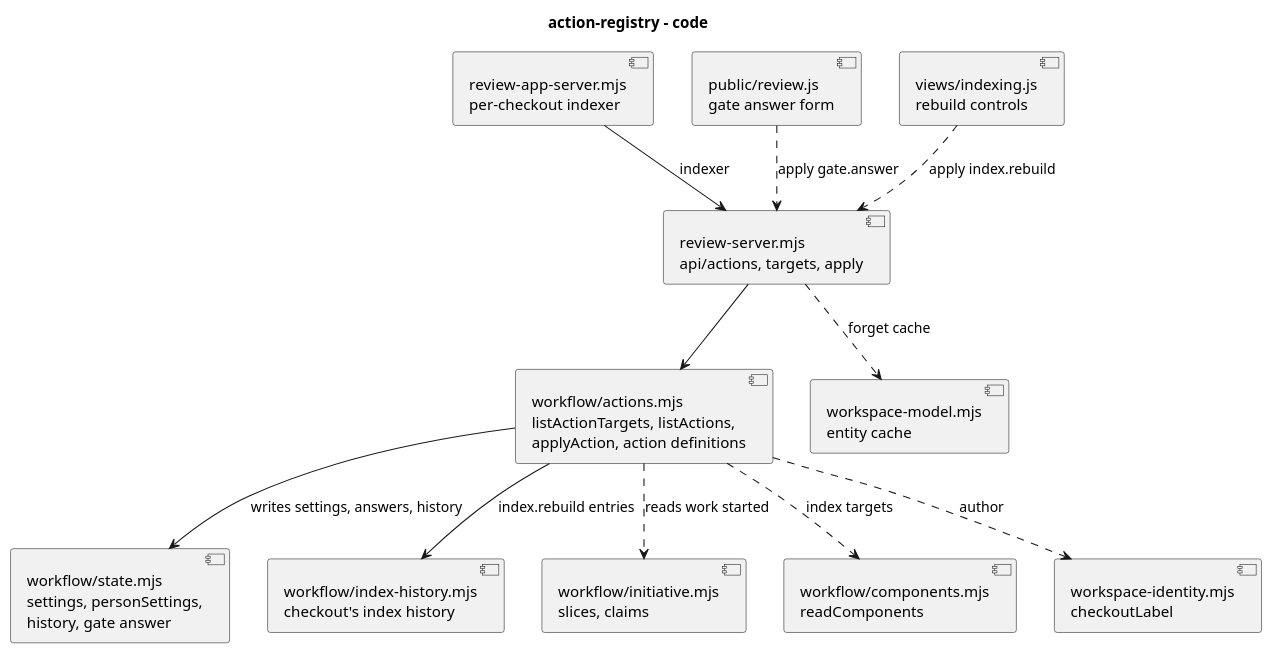
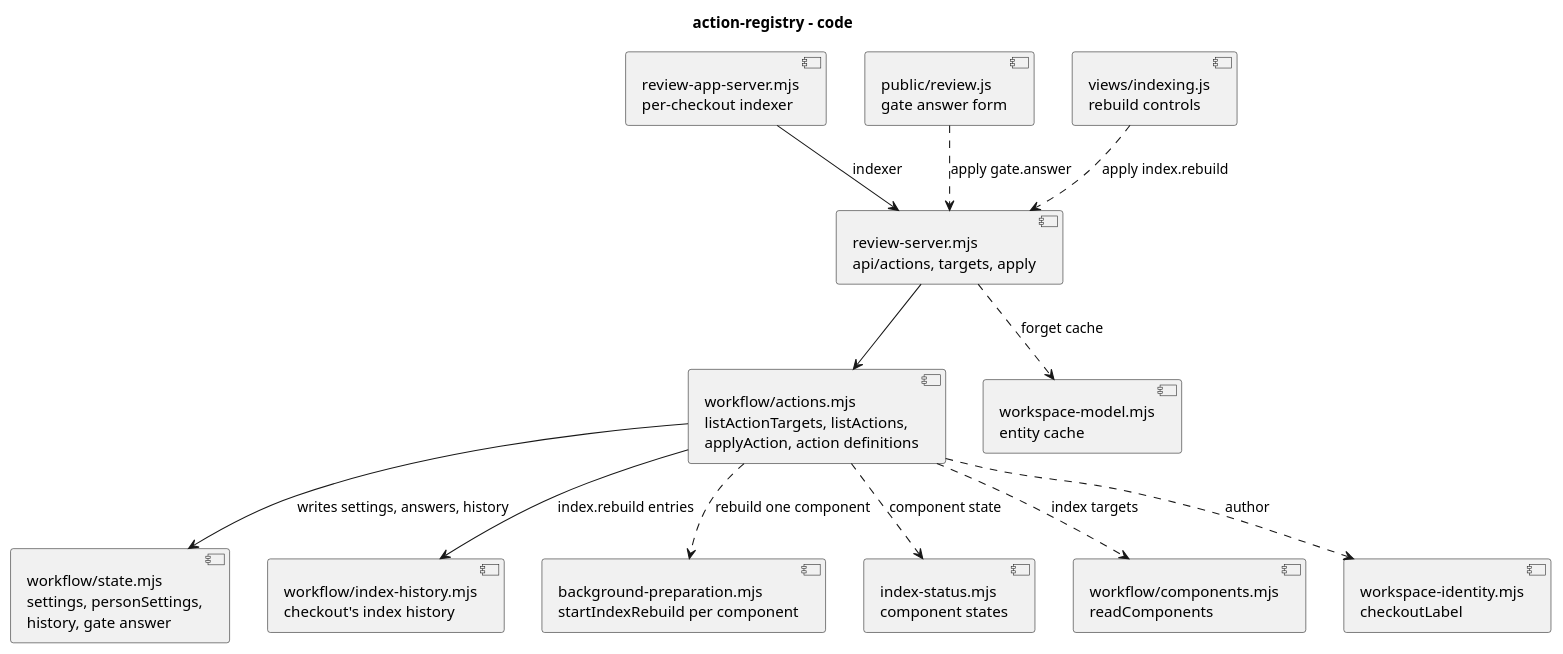
Before and after one commit to RumyantsevMichael/Prism: the diagram in docs/plans/initiative-settings-actions/action-registry/code.puml, drawn with PlantUML. The commit also changed 8 other files, not shown here.

```diff
--- a/docs/plans/initiative-settings-actions/action-registry/code.puml
+++ b/docs/plans/initiative-settings-actions/action-registry/code.puml
@@ -1,24 +1,26 @@
 @startuml
 title action-registry - code
 component "workflow/actions.mjs\nlistActionTargets, listActions,\napplyAction, action definitions" as Registry
 component "workflow/state.mjs\nsettings, personSettings,\nhistory, gate answer" as State
 component "workflow/index-history.mjs\ncheckout's index history" as IndexHistory
-component "workflow/initiative.mjs\nslices, claims" as Initiative
+component "background-preparation.mjs\nstartIndexRebuild per component" as Rebuild
+component "index-status.mjs\ncomponent states" as Status
 component "workflow/components.mjs\nreadComponents" as Components
 component "workspace-identity.mjs\ncheckoutLabel" as Identity
 component "review-server.mjs\napi/actions, targets, apply" as Routes
 component "review-app-server.mjs\nper-checkout indexer" as App
 component "workspace-model.mjs\nentity cache" as Model
 component "public/review.js\ngate answer form" as Page
 component "views/indexing.js\nrebuild controls" as Indexing
 Registry --> State : writes settings, answers, history
 Registry --> IndexHistory : index.rebuild entries
-Registry ..> Initiative : reads work started
+Registry ..> Status : component state
+Registry ..> Rebuild : rebuild one component
 Registry ..> Components : index targets
 Registry ..> Identity : author
 Routes --> Registry
 App --> Routes : indexer
 Routes ..> Model : forget cache
 Page ..> Routes : apply gate.answer
 Indexing ..> Routes : apply index.rebuild
 @enduml
```
